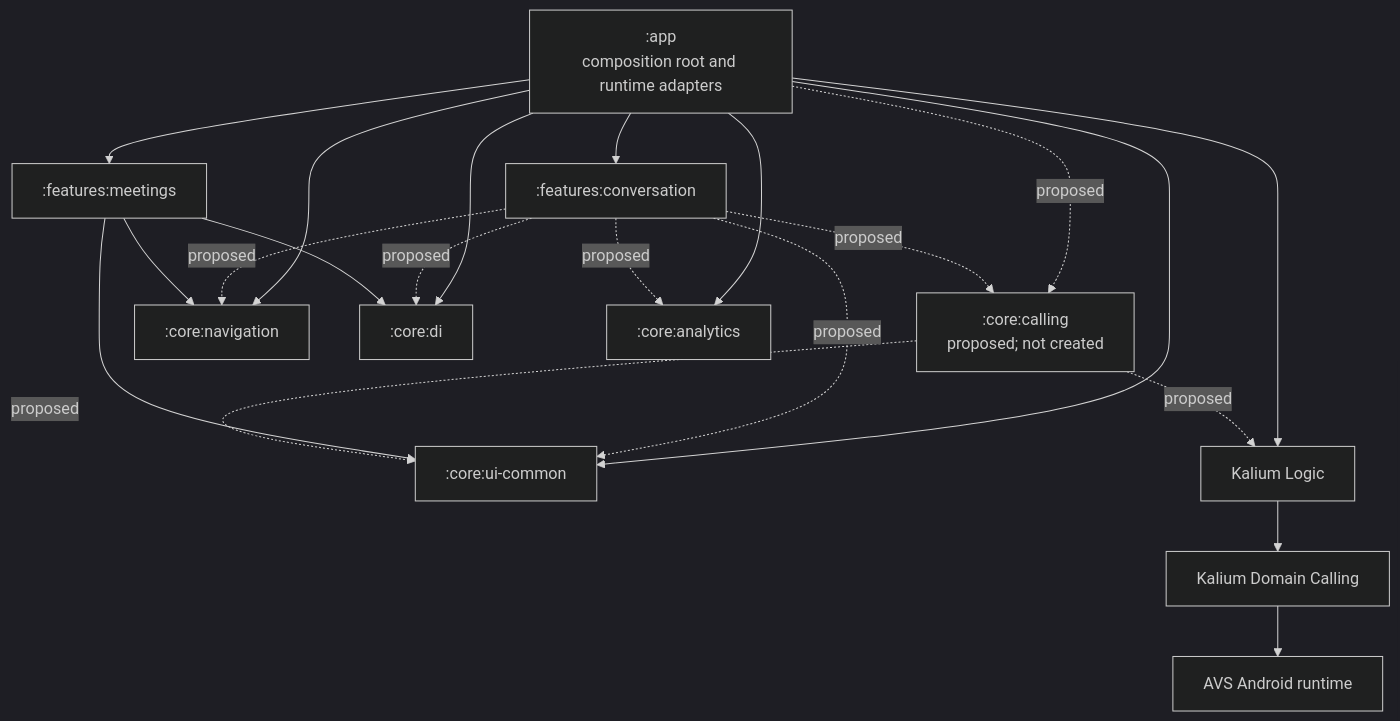
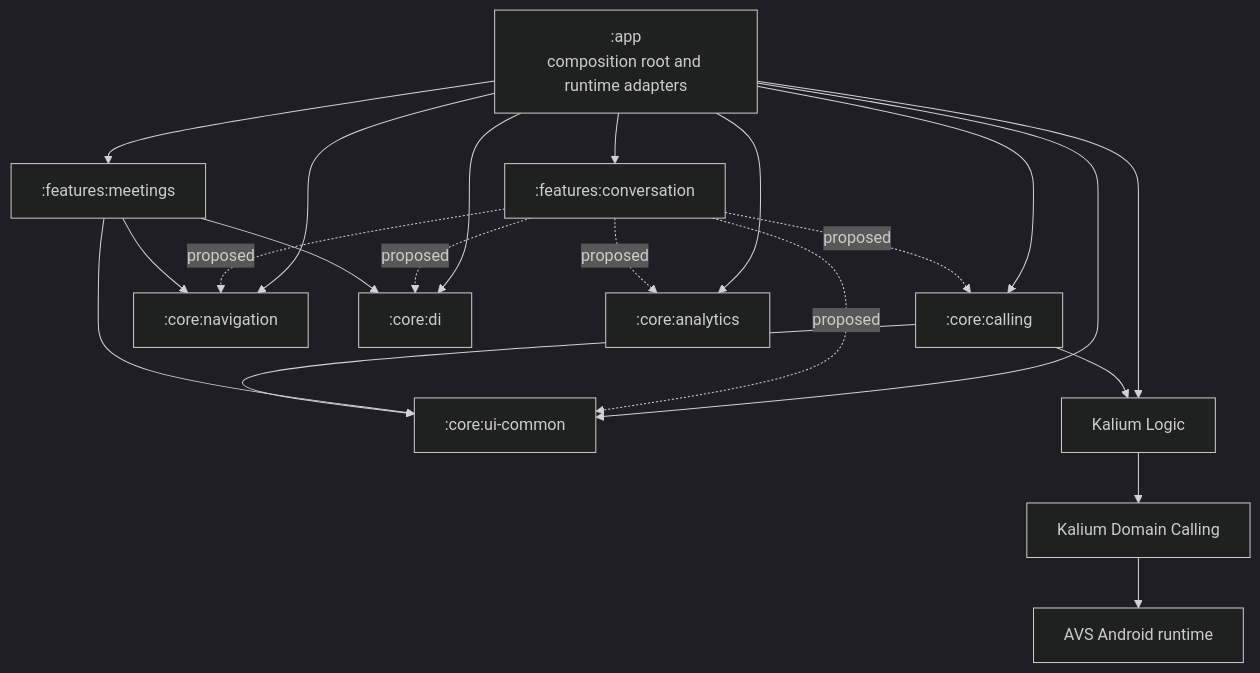
Before and after one commit to wireapp/wire-android: the diagram in docs/architecture/android-module-graph.mmd, drawn with Mermaid (dark theme). The commit also changed 15 other files, not shown here.

```diff
--- a/docs/architecture/android-module-graph.mmd
+++ b/docs/architecture/android-module-graph.mmd
@@ -1,33 +1,33 @@
 graph TD
     App[":app<br/>composition root and runtime adapters"]
     Conversation[":features:conversation"]
     Meetings[":features:meetings"]
-    Calling[":core:calling<br/>proposed; not created"]
+    Calling[":core:calling"]
     Navigation[":core:navigation"]
     Di[":core:di"]
     UiCommon[":core:ui-common"]
     Analytics[":core:analytics"]
     KaliumLogic["Kalium Logic"]
     KaliumCalling["Kalium Domain Calling"]
     Avs["AVS Android runtime"]
 
     App --> Conversation
     App --> Meetings
-    App -. proposed .-> Calling
+    App --> Calling
     App --> Navigation
     App --> Di
     App --> UiCommon
     App --> Analytics
     App --> KaliumLogic
     Conversation -. proposed .-> Calling
     Conversation -. proposed .-> Analytics
     Conversation -. proposed .-> Navigation
     Conversation -. proposed .-> Di
     Conversation -. proposed .-> UiCommon
     Meetings --> Navigation
     Meetings --> Di
     Meetings --> UiCommon
-    Calling -. proposed .-> UiCommon
-    Calling -. proposed .-> KaliumLogic
+    Calling --> UiCommon
+    Calling --> KaliumLogic
     KaliumLogic --> KaliumCalling
     KaliumCalling --> Avs
```
